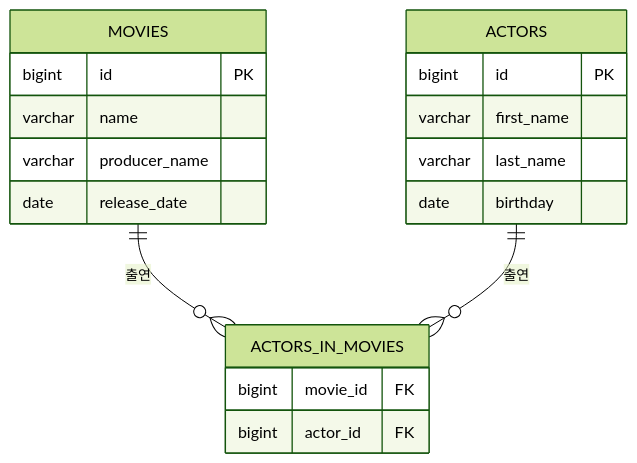
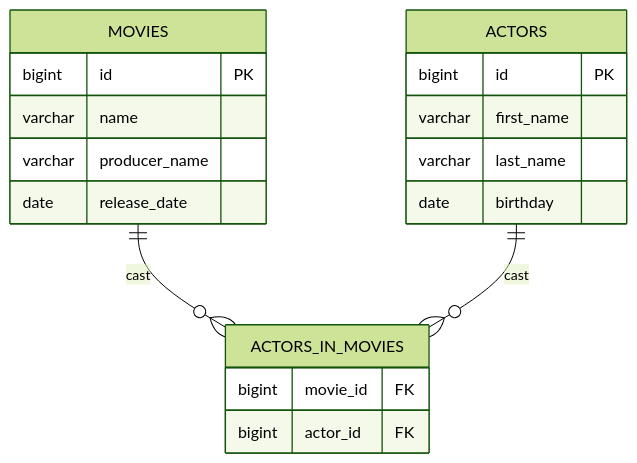
Before and after one commit to bluetape4k/exposed-workshop: the second of 2 diagrams in 01-spring-boot/README.md, drawn with Mermaid (forest theme). The commit also changed other lines of this file and 115 other files, not shown here.

````diff
--- a/01-spring-boot/README.md
+++ b/01-spring-boot/README.md
@@ -71,21 +73,21 @@
 ```mermaid
 erDiagram
     MOVIES {
         bigint id PK
         varchar name
         varchar producer_name
         date release_date
     }
     ACTORS {
         bigint id PK
         varchar first_name
         varchar last_name
         date birthday
     }
     ACTORS_IN_MOVIES {
         bigint movie_id FK
         bigint actor_id FK
     }
-    MOVIES ||--o{ ACTORS_IN_MOVIES : "출연"
-    ACTORS ||--o{ ACTORS_IN_MOVIES : "출연"
+    MOVIES ||--o{ ACTORS_IN_MOVIES : "cast"
+    ACTORS ||--o{ ACTORS_IN_MOVIES : "cast"
 ```
````
